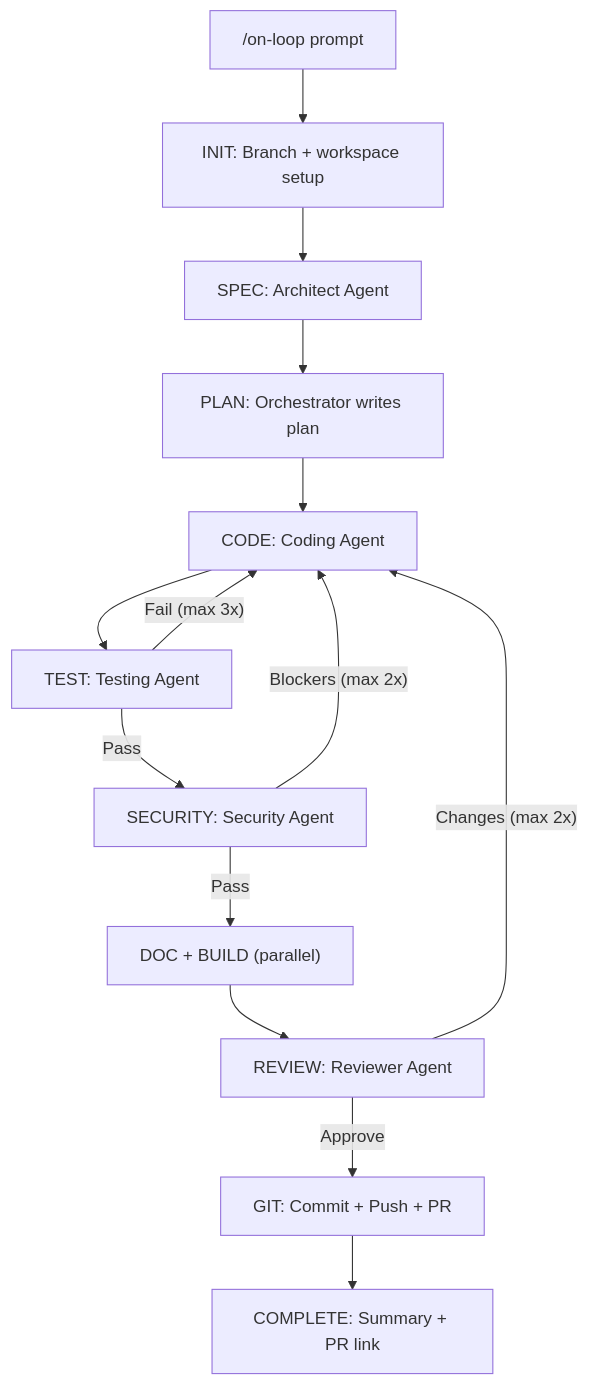
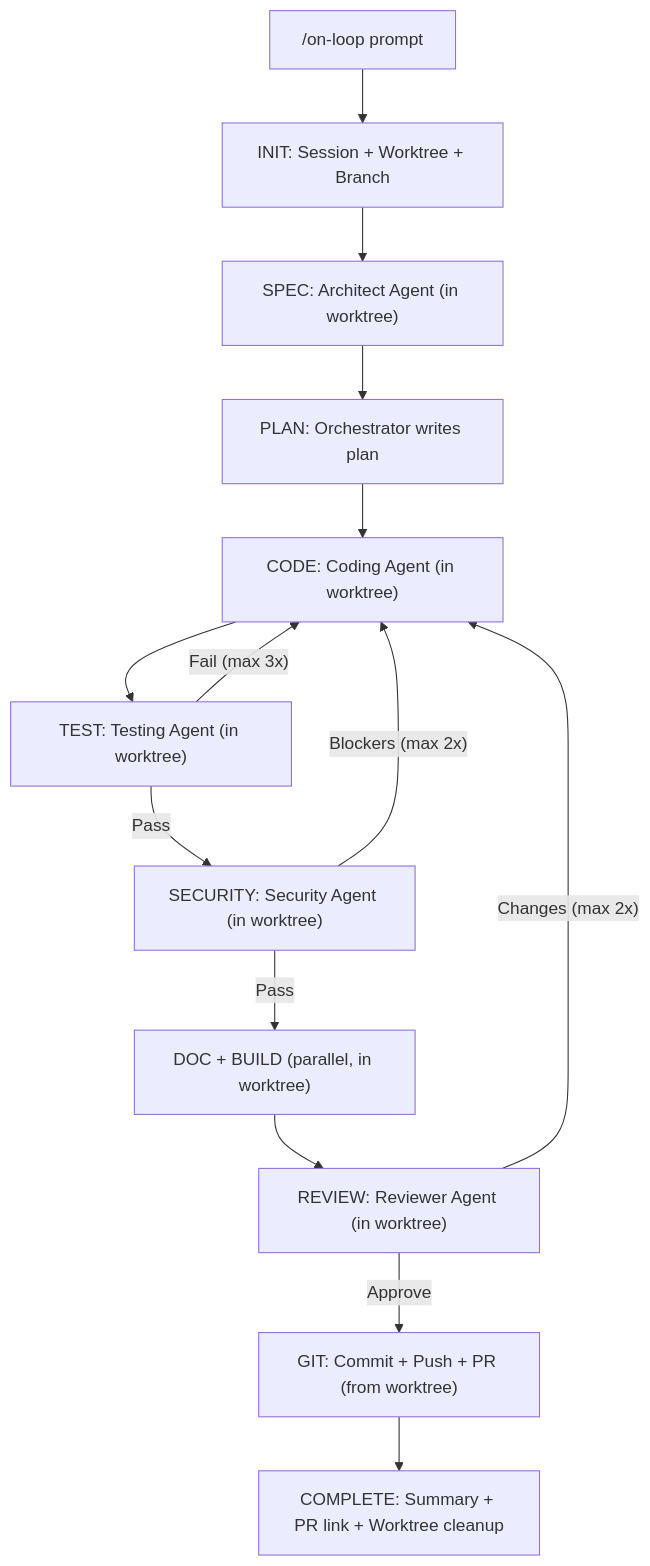
The diagram in README.md (UlyssesModel/on-loop), drawn with Mermaid before and after one commit. The commit also changed other lines of this file and 34 other files, not shown here.

First line of the commit message:
Add git worktree isolation, persistent session logs, bump to v0.3.0

````diff
--- a/README.md
+++ b/README.md
@@ -83,16 +94,16 @@
 ```mermaid
 graph TD
-    START["/on-loop prompt"] --> INIT["INIT: Branch + workspace setup"]
-    INIT --> SPEC["SPEC: Architect Agent"]
+    START["/on-loop prompt"] --> INIT["INIT: Session + Worktree + Branch"]
+    INIT --> SPEC["SPEC: Architect Agent (in worktree)"]
     SPEC --> PLAN["PLAN: Orchestrator writes plan"]
-    PLAN --> CODE["CODE: Coding Agent"]
-    CODE --> TEST["TEST: Testing Agent"]
-    TEST -->|Pass| SEC["SECURITY: Security Agent"]
+    PLAN --> CODE["CODE: Coding Agent (in worktree)"]
+    CODE --> TEST["TEST: Testing Agent (in worktree)"]
+    TEST -->|Pass| SEC["SECURITY: Security Agent (in worktree)"]
     TEST -->|"Fail (max 3x)"| CODE
-    SEC -->|Pass| PAR["DOC + BUILD (parallel)"]
+    SEC -->|Pass| PAR["DOC + BUILD (parallel, in worktree)"]
     SEC -->|"Blockers (max 2x)"| CODE
-    PAR --> REVIEW["REVIEW: Reviewer Agent"]
-    REVIEW -->|Approve| GIT["GIT: Commit + Push + PR"]
+    PAR --> REVIEW["REVIEW: Reviewer Agent (in worktree)"]
+    REVIEW -->|Approve| GIT["GIT: Commit + Push + PR (from worktree)"]
     REVIEW -->|"Changes (max 2x)"| CODE
-    GIT --> DONE["COMPLETE: Summary + PR link"]
+    GIT --> DONE["COMPLETE: Summary + PR link + Worktree cleanup"]
 ```
````
